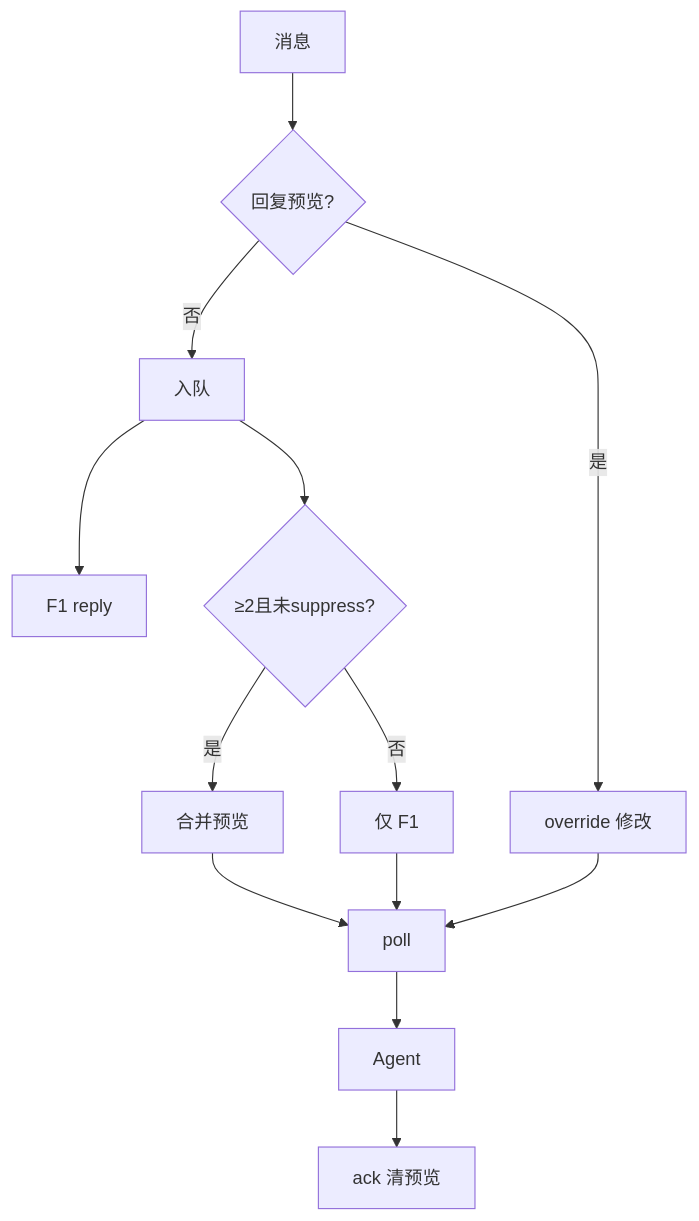
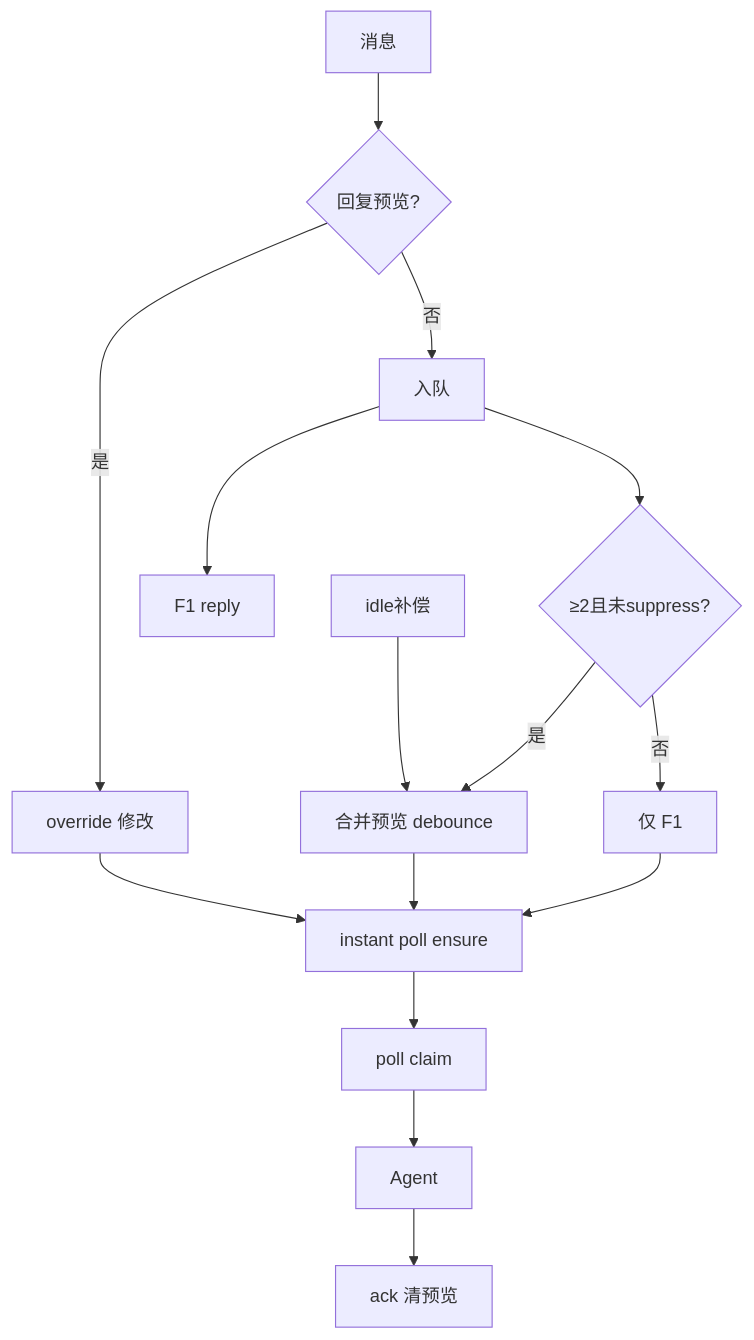
The second of 3 diagrams in knowledge/业务域/消息桥接/01-概览.md (lk-eternal/cursor-claw), drawn with Mermaid before and after one commit. The commit also changed other lines of this file and 16 other files, not shown here.

````diff
--- a/knowledge/业务域/消息桥接/01-概览.md
+++ b/knowledge/业务域/消息桥接/01-概览.md
@@ -29,15 +29,17 @@
 ```mermaid
 flowchart TD
   IN[消息] --> F3{回复预览?}
   F3 -->|是| MOD[override 修改]
   F3 -->|否| ENQ[入队]
   ENQ --> F1[F1 reply]
   ENQ --> PRE{≥2且未suppress?}
-  PRE -->|是| MP[合并预览]
+  PRE -->|是| MP[合并预览 debounce]
   PRE -->|否| SKIP[仅 F1]
-  MP --> POLL[poll]
-  SKIP --> POLL
-  MOD --> POLL
+  IDLE[idle补偿] --> MP
+  MP --> ENS[instant poll ensure]
+  SKIP --> ENS
+  MOD --> ENS
+  ENS --> POLL[poll claim]
   POLL --> AG[Agent]
   AG --> ACK[ack 清预览]
 ```
````
